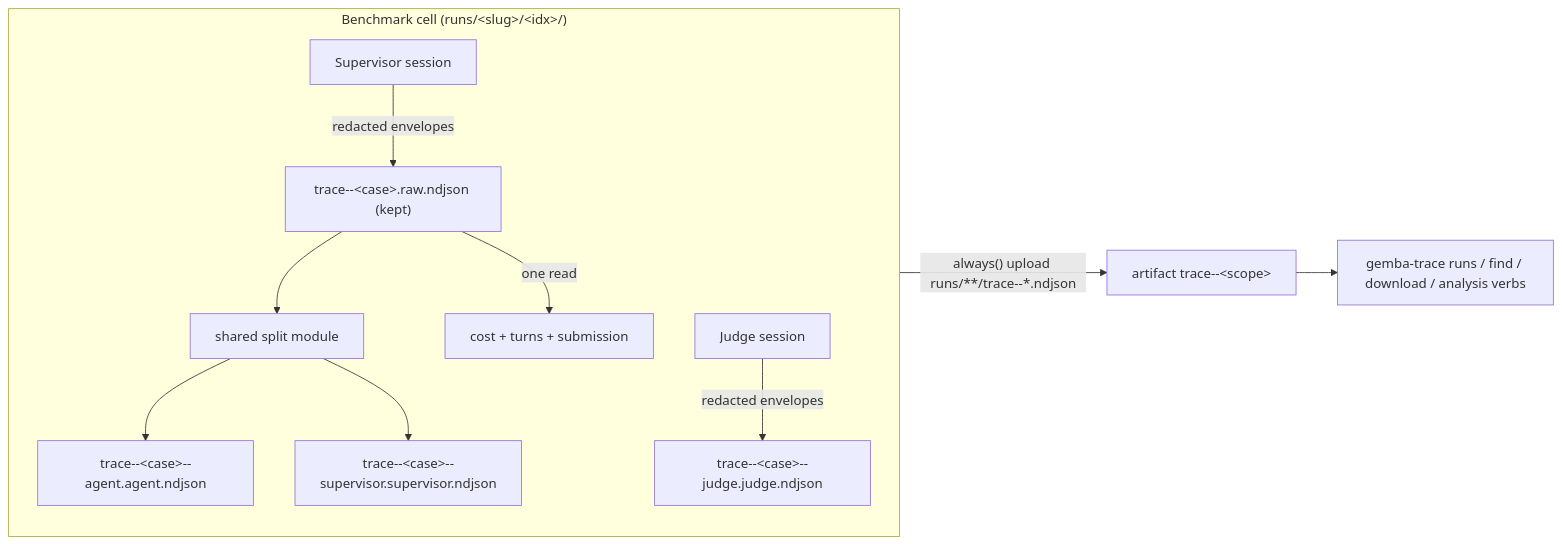
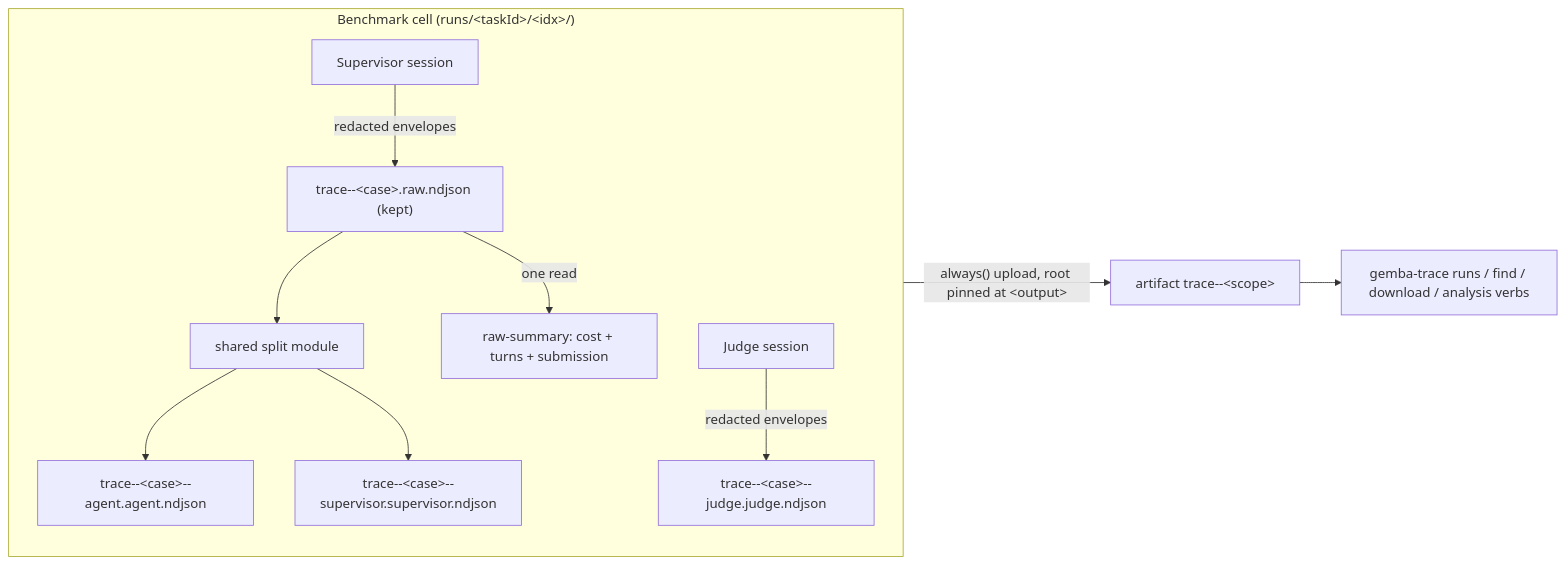
The diagram in specs/2270-benchmark-trace-parity/design-a.md (forwardimpact/monorepo), drawn with Mermaid before and after one commit. The commit also changed other lines of this file, not shown here.

First line of the commit message:
design(2270): address panel round 1 — artifact rooting, identity grammar, lane addressing

````diff
--- a/specs/2270-benchmark-trace-parity/design-a.md
+++ b/specs/2270-benchmark-trace-parity/design-a.md
@@ -14,13 +15,13 @@
 ```mermaid
 flowchart LR
-  subgraph cell["Benchmark cell (runs/&lt;slug&gt;/&lt;idx&gt;/)"]
+  subgraph cell["Benchmark cell (runs/&lt;taskId&gt;/&lt;idx&gt;/)"]
     SUP[Supervisor session] -->|redacted envelopes| RAW["trace--&lt;case&gt;.raw.ndjson (kept)"]
     RAW --> SPLIT[shared split module]
     SPLIT --> A["trace--&lt;case&gt;--agent.agent.ndjson"]
     SPLIT --> S["trace--&lt;case&gt;--supervisor.supervisor.ndjson"]
-    RAW -->|one read| SUM["cost + turns + submission"]
+    RAW -->|one read| SUM["raw-summary: cost + turns + submission"]
     J[Judge session] -->|redacted envelopes| JT["trace--&lt;case&gt;--judge.judge.ndjson"]
   end
-  cell -->|"always() upload runs/**/trace--*.ndjson"| ART["artifact trace--&lt;scope&gt;"]
+  cell -->|"always() upload, root pinned at &lt;output&gt;"| ART["artifact trace--&lt;scope&gt;"]
   ART --> CLI["gemba-trace runs / find / download / analysis verbs"]
 ```
````
